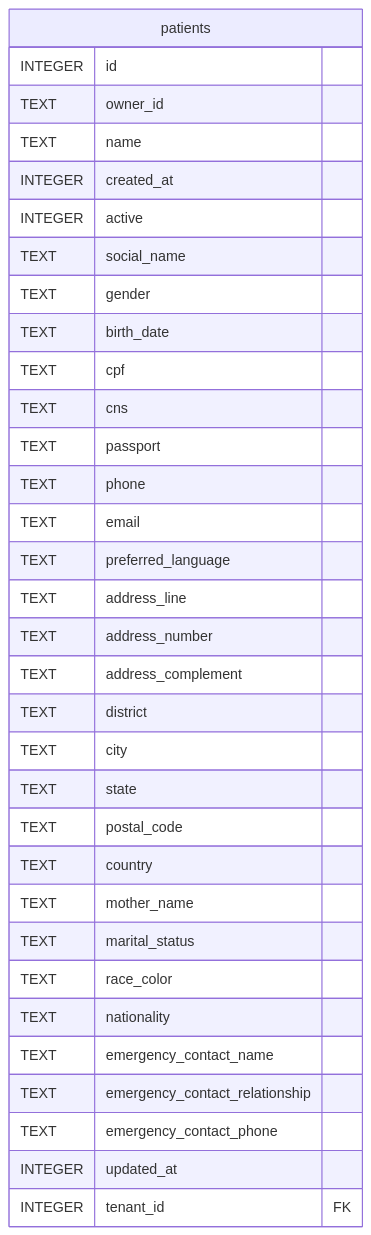
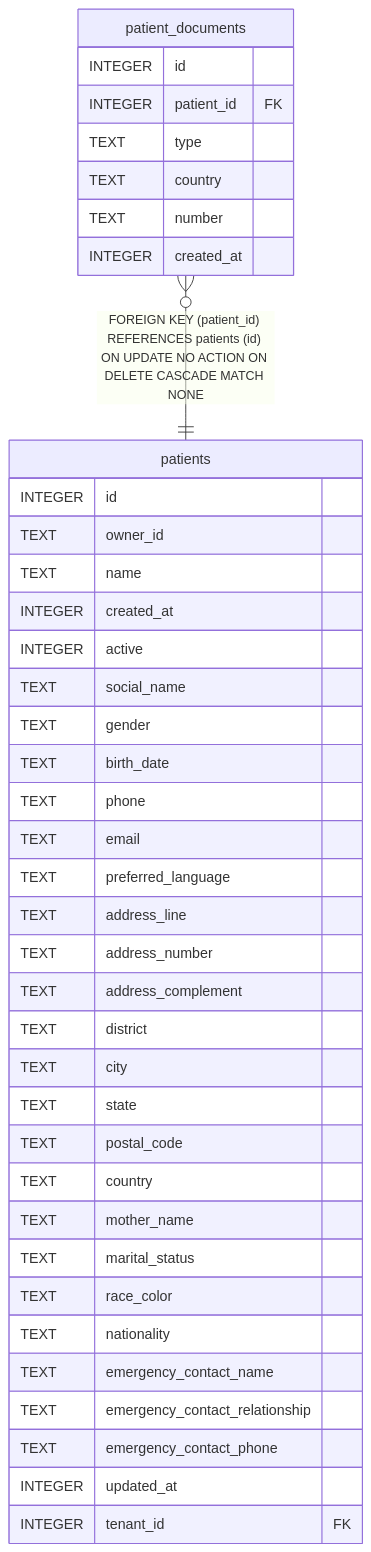
One commit to ktbhealth/docs changed the diagram in content/docs/en/developers/plugins/patients/reference/schema.mmd. Above: the diagram before and after it, drawn with Mermaid. The commit also changed 11 other files, not shown here.

First line of the commit message:
docs(erd): regenerate schema reference for patient documents

```diff
--- a/content/docs/en/developers/plugins/patients/reference/schema.mmd
+++ b/content/docs/en/developers/plugins/patients/reference/schema.mmd
@@ -1,36 +1,42 @@
 erDiagram
 
+"patient_documents" }o--|| "patients" : "FOREIGN KEY (patient_id) REFERENCES patients (id) ON UPDATE NO ACTION ON DELETE CASCADE MATCH NONE"
 
 "patients" {
   INTEGER id
   TEXT owner_id
   TEXT name
   INTEGER created_at
   INTEGER active
   TEXT social_name
   TEXT gender
   TEXT birth_date
-  TEXT cpf
-  TEXT cns
-  TEXT passport
   TEXT phone
   TEXT email
   TEXT preferred_language
   TEXT address_line
   TEXT address_number
   TEXT address_complement
   TEXT district
   TEXT city
   TEXT state
   TEXT postal_code
   TEXT country
   TEXT mother_name
   TEXT marital_status
   TEXT race_color
   TEXT nationality
   TEXT emergency_contact_name
   TEXT emergency_contact_relationship
   TEXT emergency_contact_phone
   INTEGER updated_at
   INTEGER tenant_id FK
 }
+"patient_documents" {
+  INTEGER id
+  INTEGER patient_id FK
+  TEXT type
+  TEXT country
+  TEXT number
+  INTEGER created_at
+}
```
